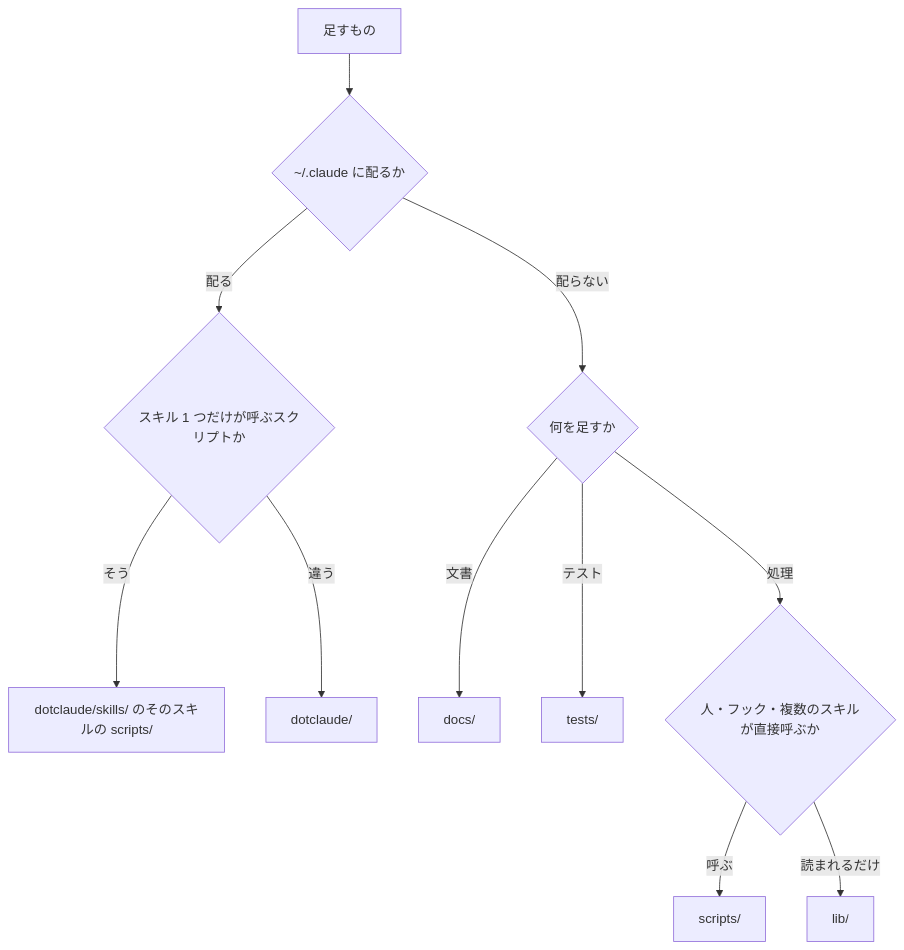
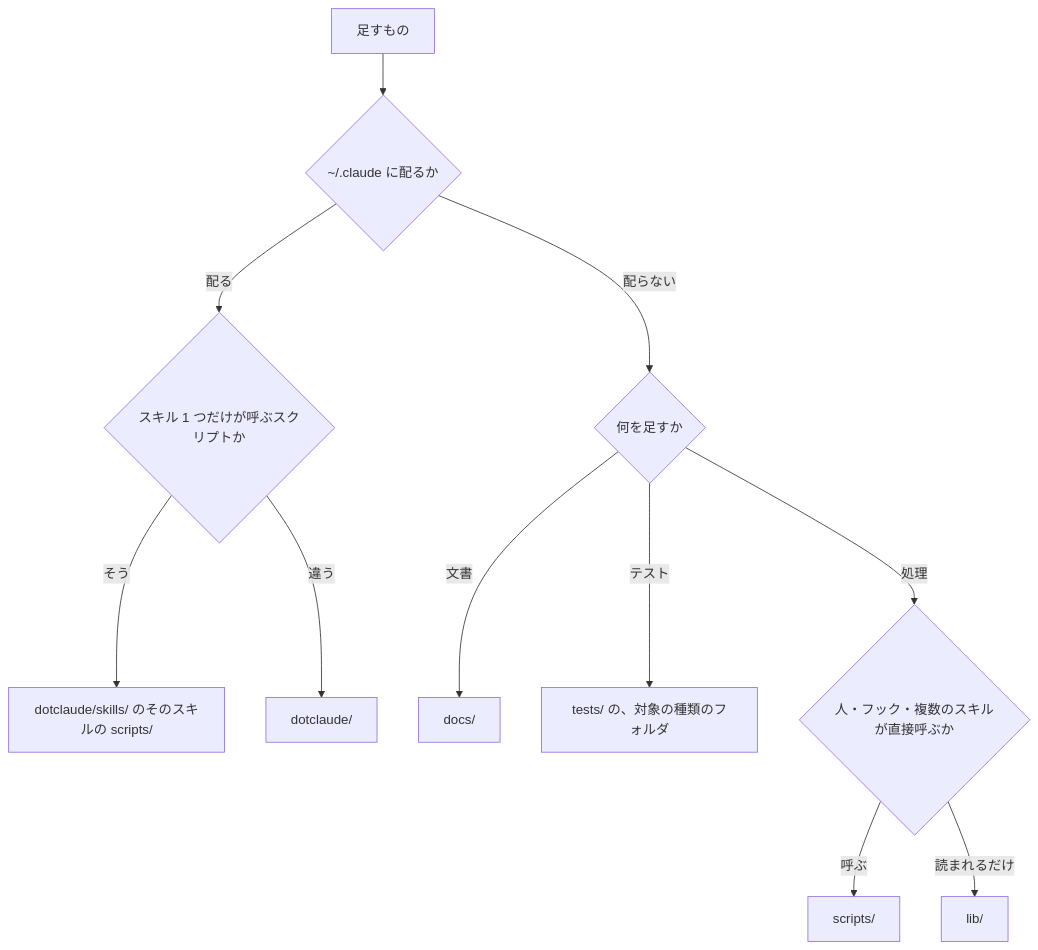
The diagram in docs/config/layout.md (yossibank/claude-config), drawn with Mermaid before and after one commit. The commit also changed other lines of this file and 43 other files, not shown here.

First line of the commit message:
refactor: group tests by kind and keep owned lib files in folders (#157)

````diff
--- a/docs/config/layout.md
+++ b/docs/config/layout.md
@@ -13,13 +13,13 @@
 ```mermaid
 flowchart TD
     start["足すもの"] --> home{"~/.claude に配るか"}
     home -->|配る| owner{"スキル 1 つだけが呼ぶスクリプトか"}
     owner -->|そう| skill["dotclaude/skills/ のそのスキルの scripts/"]
     owner -->|違う| dotclaude["dotclaude/"]
     home -->|配らない| kind{"何を足すか"}
     kind -->|文書| docs["docs/"]
-    kind -->|テスト| tests["tests/"]
+    kind -->|テスト| tests["tests/ の、対象の種類のフォルダ"]
     kind -->|処理| entry{"人・フック・複数のスキルが直接呼ぶか"}
     entry -->|呼ぶ| scripts["scripts/"]
     entry -->|読まれるだけ| lib["lib/"]
 ```
````
